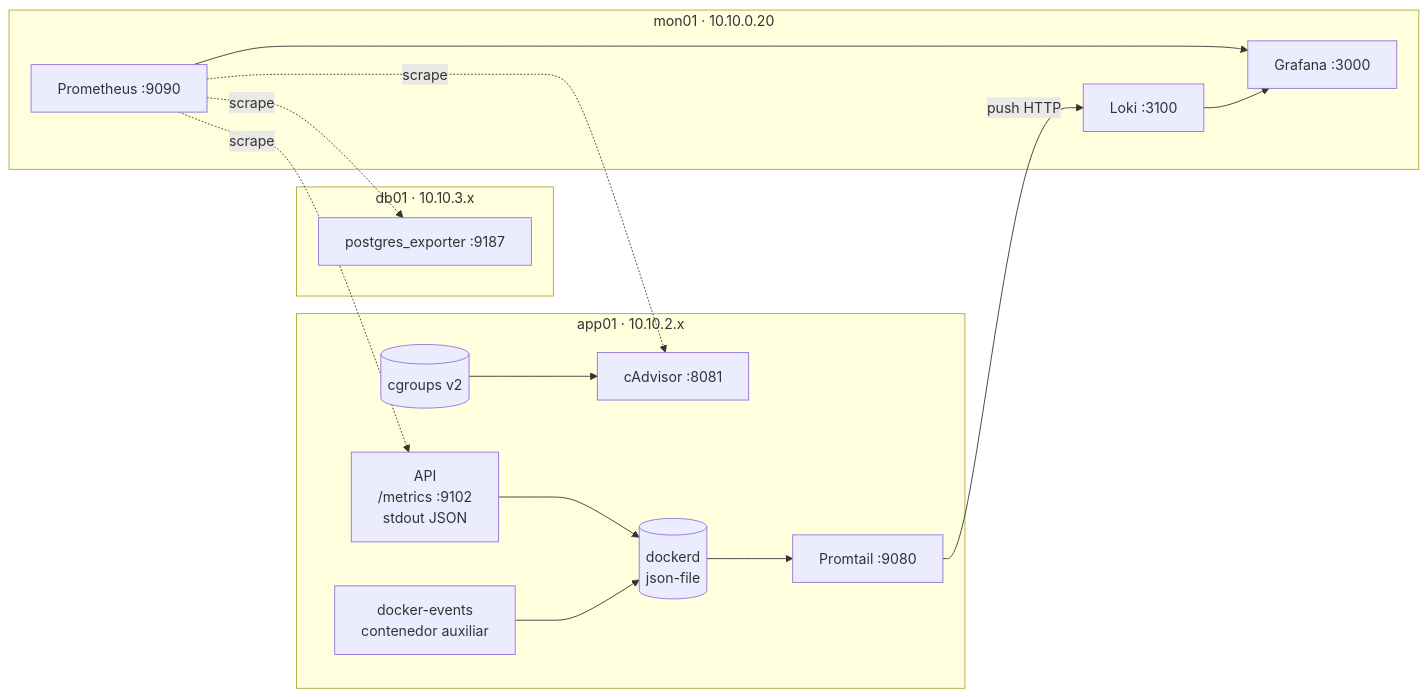
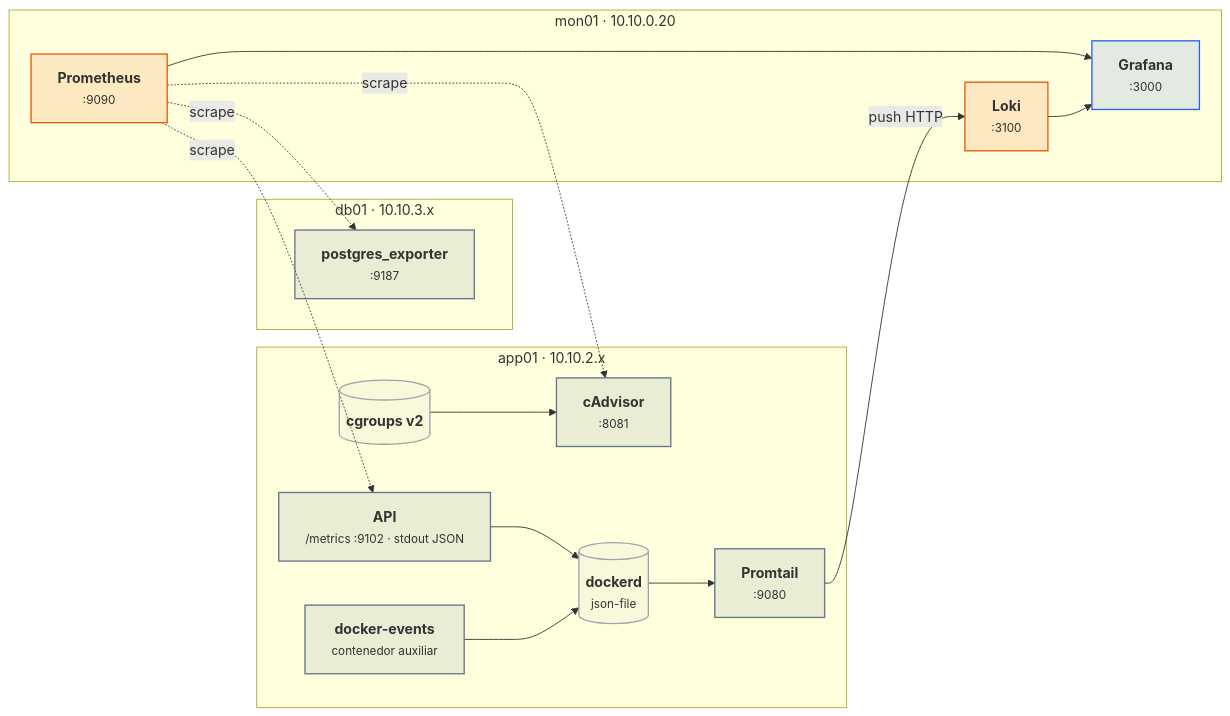
The first of 8 diagrams in docs/ut/ut1-observabilidad.md (victor-educ/apuntes-5169), drawn with Mermaid before and after one commit. The commit also changed other lines of this file and 13 other files, not shown here.

First line of the commit message:
Temporalización definitiva, gramática visual y diagramas en todas las unidades

````diff
--- a/docs/ut/ut1-observabilidad.md
+++ b/docs/ut/ut1-observabilidad.md
@@ -83,29 +83,35 @@
 ```mermaid
 flowchart LR
-    subgraph app01[app01 · 10.10.2.x]
-        api[API<br>/metrics :9102<br>stdout JSON]
-        cad[cAdvisor :8081]
-        ev[docker-events<br>contenedor auxiliar]
-        pt[Promtail :9080]
-        dk[(dockerd<br>json-file)]
-        cg[(cgroups v2)]
+    subgraph app01["app01 · 10.10.2.x"]
+        api["<b>API</b><br><small>/metrics :9102 · stdout JSON</small>"]:::pieza
+        cad["<b>cAdvisor</b><br><small>:8081</small>"]:::pieza
+        ev["<b>docker-events</b><br><small>contenedor auxiliar</small>"]:::pieza
+        pt["<b>Promtail</b><br><small>:9080</small>"]:::pieza
+        dk[("<b>dockerd</b><br><small>json-file</small>")]:::infra
+        cg[("<b>cgroups v2</b>")]:::infra
         cg --> cad
         api --> dk
         ev --> dk
         dk --> pt
     end
-    subgraph db01[db01 · 10.10.3.x]
-        pgx[postgres_exporter :9187]
+    subgraph db01["db01 · 10.10.3.x"]
+        pgx["<b>postgres_exporter</b><br><small>:9187</small>"]:::pieza
     end
-    subgraph mon01[mon01 · 10.10.0.20]
-        prom[Prometheus :9090]
-        loki[Loki :3100]
-        graf[Grafana :3000]
+    subgraph mon01["mon01 · 10.10.0.20"]
+        prom["<b>Prometheus</b><br><small>:9090</small>"]:::act
+        loki["<b>Loki</b><br><small>:3100</small>"]:::act
+        graf["<b>Grafana</b><br><small>:3000</small>"]:::dato
         prom --> graf
         loki --> graf
     end
     prom -.->|scrape| api
     prom -.->|scrape| cad
     prom -.->|scrape| pgx
     pt -->|push HTTP| loki
+    classDef act fill:#ea580c22,stroke:#ea580c,stroke-width:1.5px
+    classDef pieza fill:#64748b22,stroke:#64748b,stroke-width:1.5px
+    classDef dato fill:#2563eb22,stroke:#2563eb,stroke-width:1.5px
+    classDef infra fill:#a1a1aa14,stroke:#a1a1aa,stroke-width:1.5px
+    classDef ok fill:#16a34a22,stroke:#16a34a,stroke-width:1.5px
+    classDef riesgo fill:#dc262622,stroke:#dc2626,stroke-width:1.5px
 ```
````
